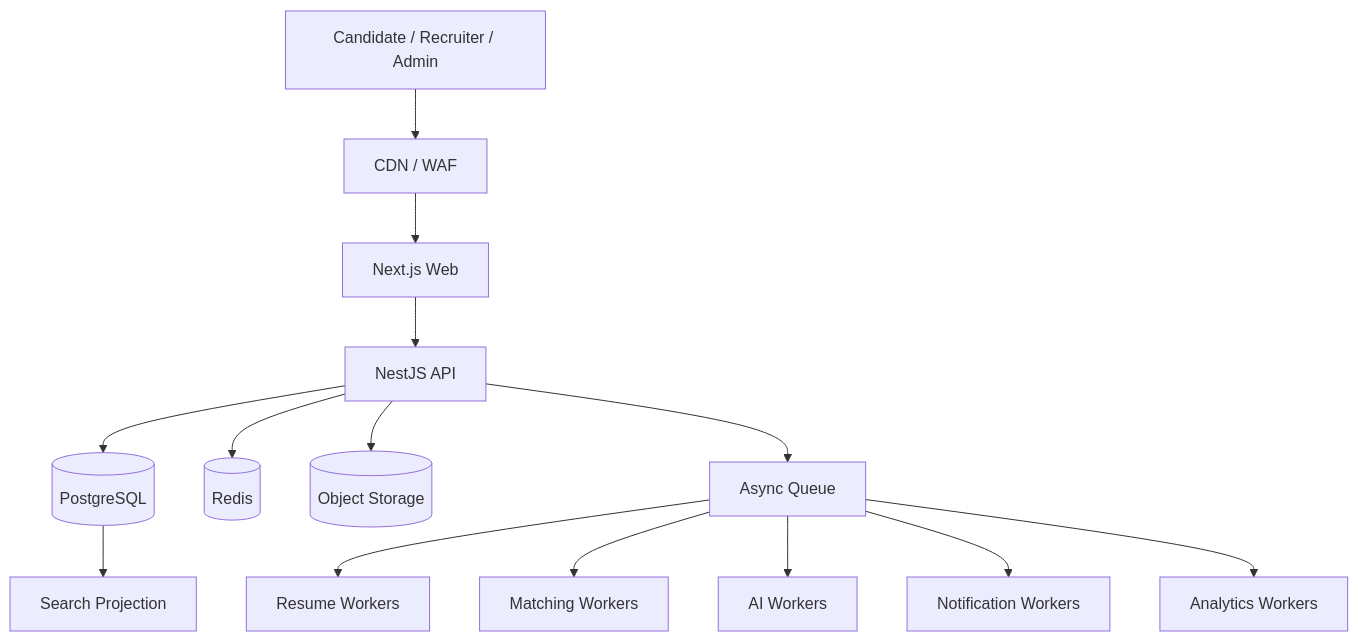
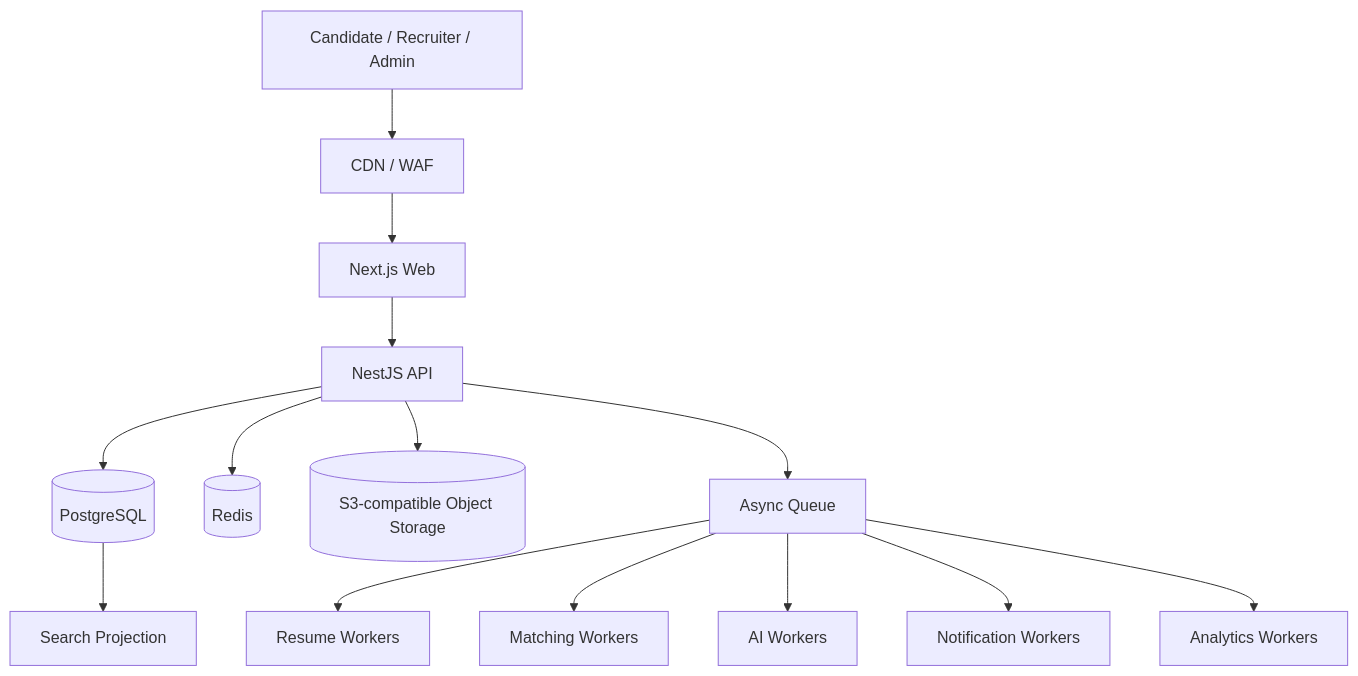
The diagram in README.md (YounasKhan2/talent-network), drawn with Mermaid before and after one commit. The commit also changed other lines of this file, not shown here.

Commit message:
docs: switch local object storage guidance to RustFS

````diff
--- a/README.md
+++ b/README.md
@@ -69,19 +69,19 @@
 ```mermaid
 flowchart TD
     U[Candidate / Recruiter / Admin] --> CDN[CDN / WAF]
     CDN --> WEB[Next.js Web]
     WEB --> API[NestJS API]
 
     API --> PG[(PostgreSQL)]
     API --> REDIS[(Redis)]
-    API --> OBJ[(Object Storage)]
+    API --> OBJ[(S3-compatible Object Storage)]
     API --> Q[Async Queue]
 
     Q --> RW[Resume Workers]
     Q --> MW[Matching Workers]
     Q --> AIW[AI Workers]
     Q --> NW[Notification Workers]
     Q --> AW[Analytics Workers]
 
     PG --> SEARCH[Search Projection]
 ```
````
